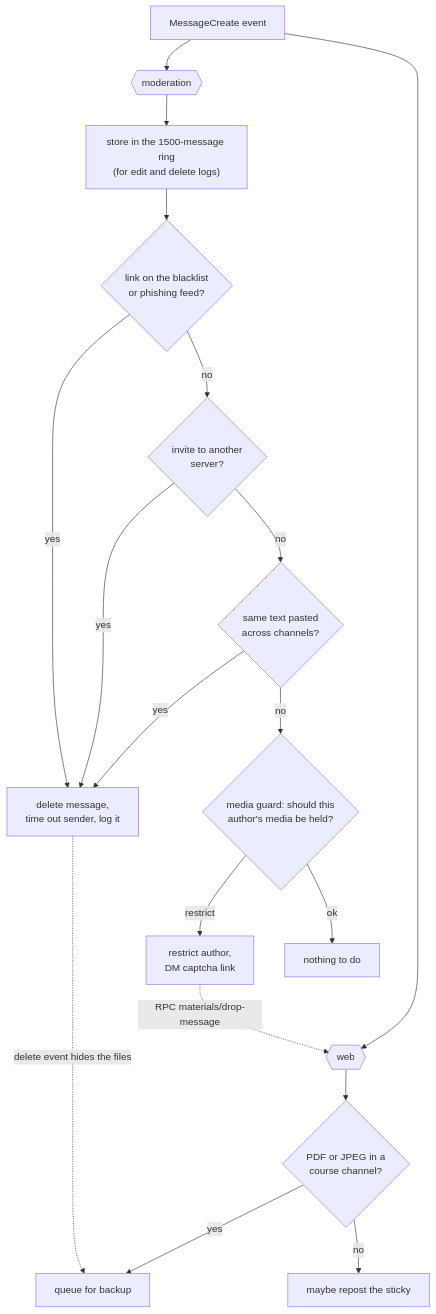
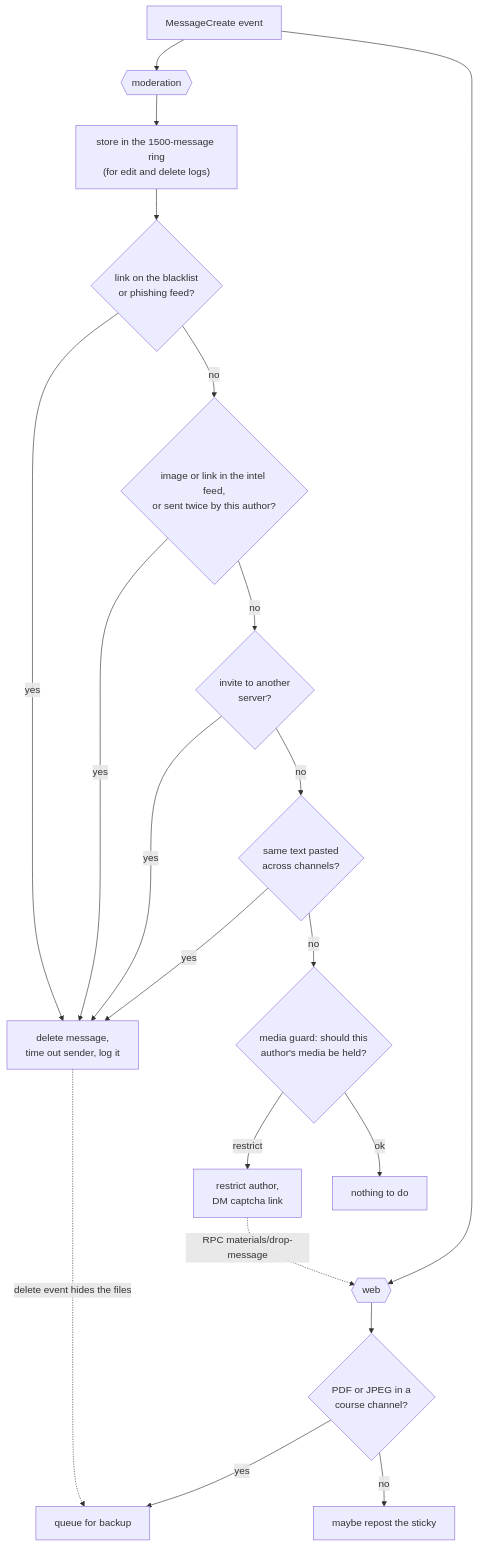
The sixth of 11 diagrams in docs/ARCHITECTURE.md (donfn/steki-discord-bot), drawn with Mermaid before and after one commit. The commit also changed 15 other files, not shown here.

Commit message:
Add spam intel feed: remove repeated images and links, learn them, block on sight

````diff
--- a/docs/ARCHITECTURE.md
+++ b/docs/ARCHITECTURE.md
@@ -276,22 +276,24 @@
 ```mermaid
 flowchart TD
     MSG[MessageCreate event] --> MODQ{{moderation}}
     MSG --> WEBQ{{web}}
 
     MODQ --> CACHE["store in the 1500-message ring<br/>(for edit and delete logs)"]
     CACHE --> LINK{"link on the blacklist<br/>or phishing feed?"}
     LINK -- yes --> DEL["delete message,<br/>time out sender, log it"]
-    LINK -- no --> INV{"invite to another<br/>server?"}
+    LINK -- no --> INTEL{"image or link in the intel feed,<br/>or sent twice by this author?"}
+    INTEL -- yes --> DEL
+    INTEL -- no --> INV{"invite to another<br/>server?"}
     INV -- yes --> DEL
     INV -- no --> DUP{"same text pasted<br/>across channels?"}
     DUP -- yes --> DEL
     DUP -- no --> MEDIA{"media guard: should this<br/>author's media be held?"}
     MEDIA -- restrict --> RESTRICT["restrict author,<br/>DM captcha link"]
     RESTRICT -. "RPC materials/drop-message" .-> WEBQ
     MEDIA -- ok --> OK[nothing to do]
 
     WEBQ --> ATT{"PDF or JPEG in a<br/>course channel?"}
     ATT -- yes --> MATQ[queue for backup]
     ATT -- no --> STICKY[maybe repost the sticky]
     DEL -. "delete event hides the files" .-> MATQ
 ```
````
